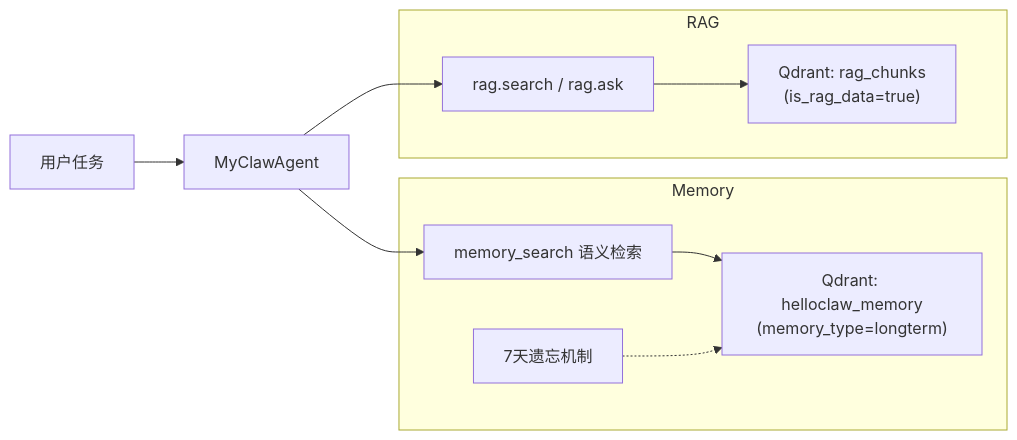
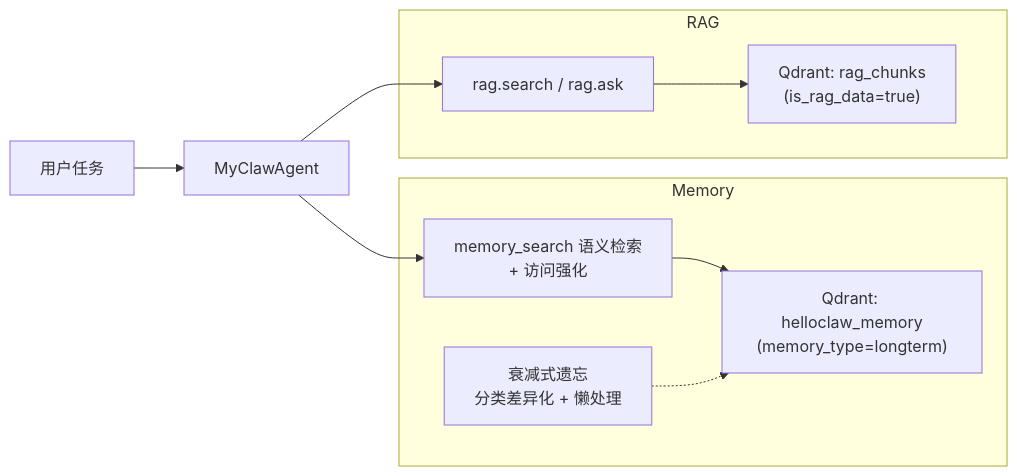
The sixth of 6 diagrams in docs/Memory实现与功能说明.md (promisestar/MyClaw), drawn with Mermaid before and after one commit. The commit also changed other lines of this file and 4 other files, not shown here.

````diff
--- a/docs/Memory实现与功能说明.md
+++ b/docs/Memory实现与功能说明.md
@@ -217,18 +279,18 @@
 ```mermaid
 flowchart LR
     subgraph mem["Memory"]
         M1["Qdrant: helloclaw_memory<br/>(memory_type=longterm)"]
-        M2["memory_search 语义检索"]
-        M3["7天遗忘机制"]
+        M2["memory_search 语义检索<br/>+ 访问强化"]
+        M3["衰减式遗忘<br/>分类差异化 + 懒处理"]
     end
     subgraph rag["RAG"]
         R1["Qdrant: rag_chunks<br/>(is_rag_data=true)"]
         R2["rag.search / rag.ask"]
     end
     User["用户任务"] --> Agent["MyClawAgent"]
     Agent --> M2
     Agent --> R2
     M2 --> M1
     R2 --> R1
     M3 -.-> M1
 ```
````
